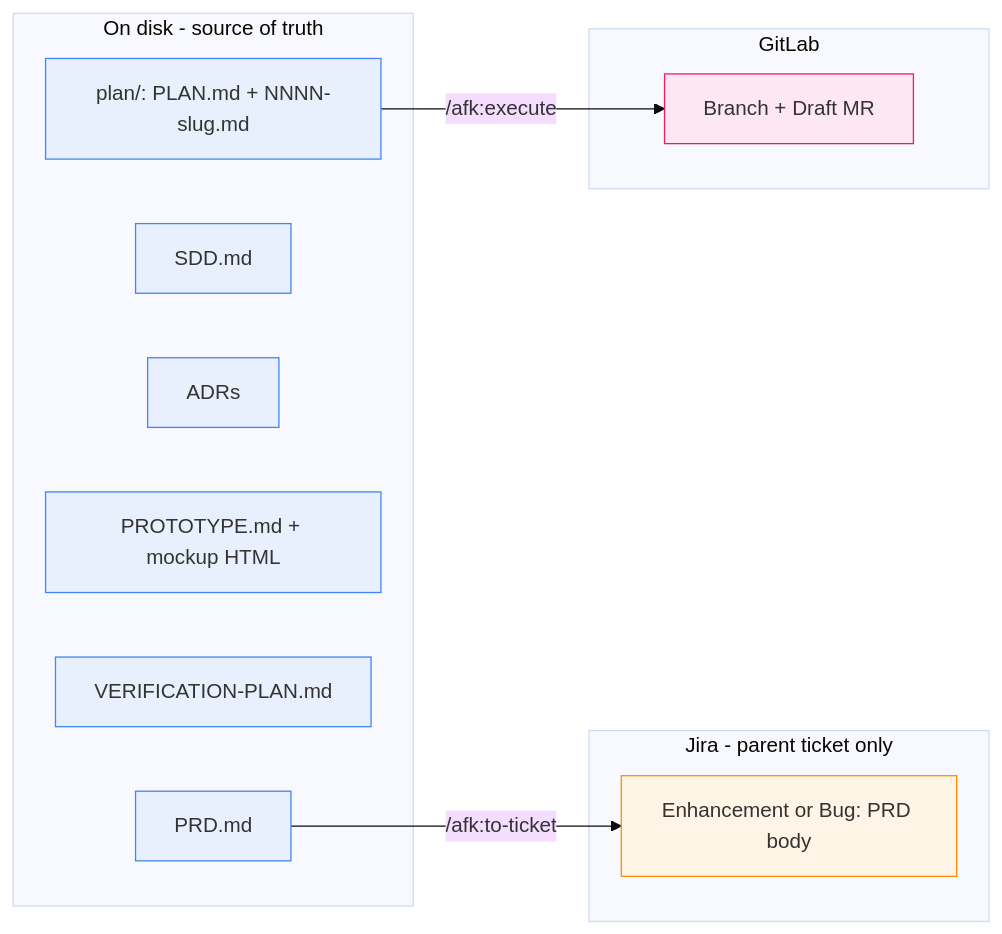
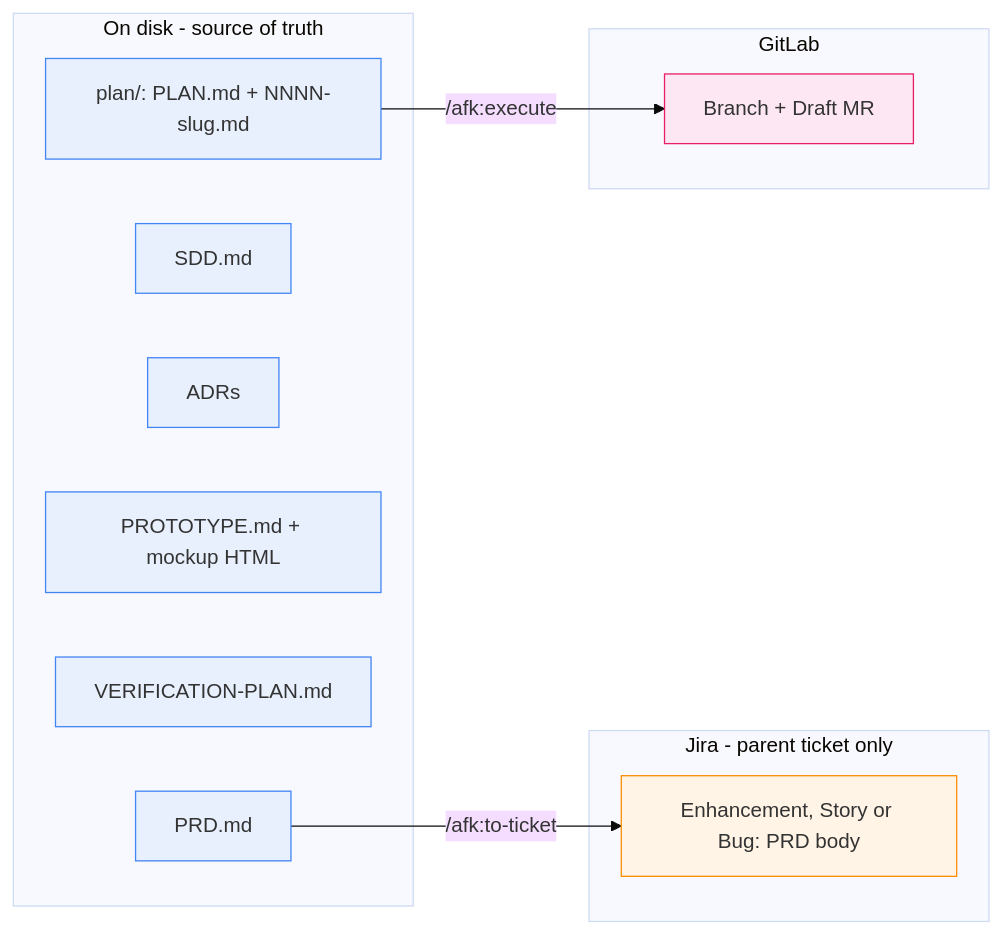
Before and after one commit to midnightblur/afk-driver: the first of 6 diagrams in README.md, drawn with Mermaid (base theme). The commit also changed other lines of this file and 5 other files, not shown here.

First line of the commit message:
afk:to-ticket: accept a Story as the PRD parent

````diff
--- a/README.md
+++ b/README.md
@@ -122,25 +124,25 @@
 ```mermaid
 graph LR
     subgraph disk_store [On disk - source of truth]
         PRD[PRD.md]
         SDD[SDD.md]
         ADR[ADRs]
         PROTO[PROTOTYPE.md + mockup HTML]
         E2E[VERIFICATION-PLAN.md]
         PLAN["plan/: PLAN.md + NNNN-slug.md"]
     end
     subgraph jira_store [Jira - parent ticket only]
-        TICKET["Enhancement or Bug: PRD body"]
+        TICKET["Enhancement, Story or Bug: PRD body"]
     end
     subgraph gl_store [GitLab]
         MR[Branch + Draft MR]
     end
     PRD -->|/afk:to-ticket| TICKET
     PLAN -->|/afk:execute| MR
     classDef disk fill:#e8f0fe,stroke:#4285f4;
     classDef jira fill:#fff4e5,stroke:#fb8c00;
     classDef gl fill:#fde7f3,stroke:#e91e63;
     class PRD,SDD,ADR,PROTO,E2E,PLAN disk;
     class TICKET jira;
     class MR gl;
 ```
````
